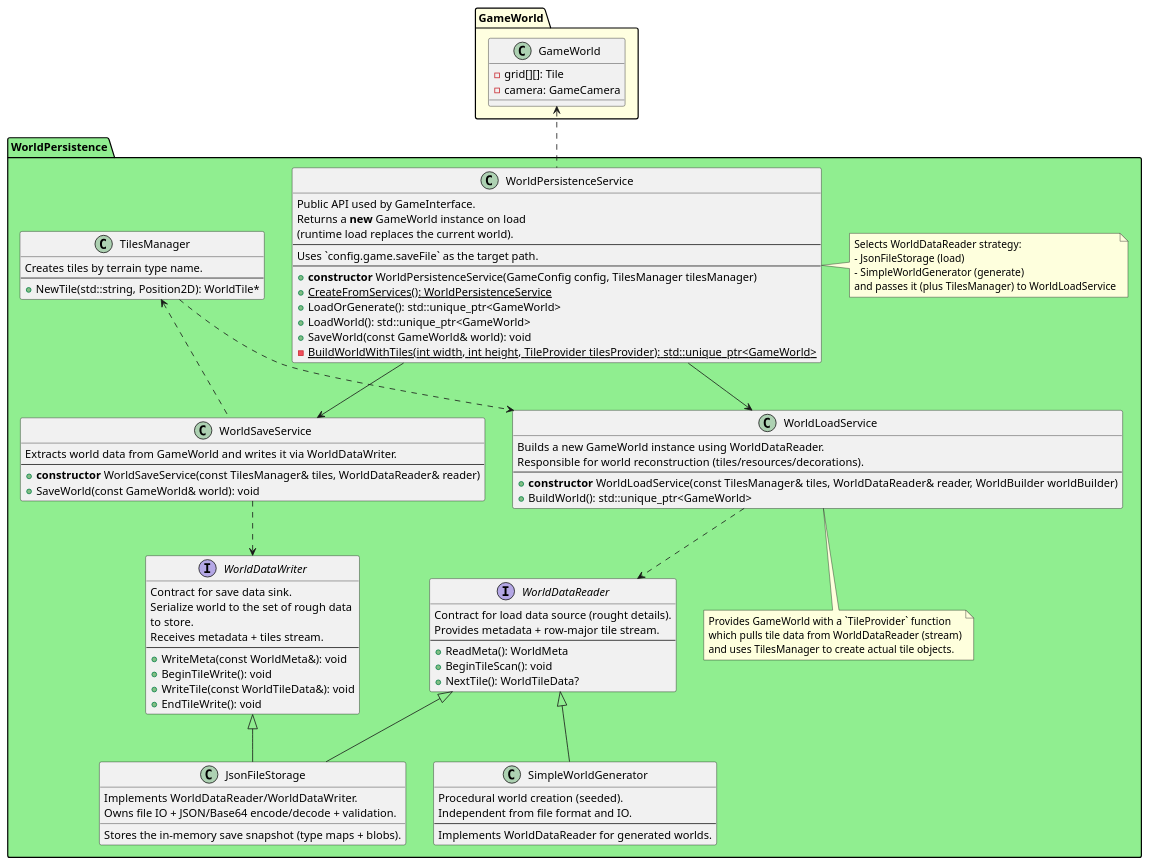
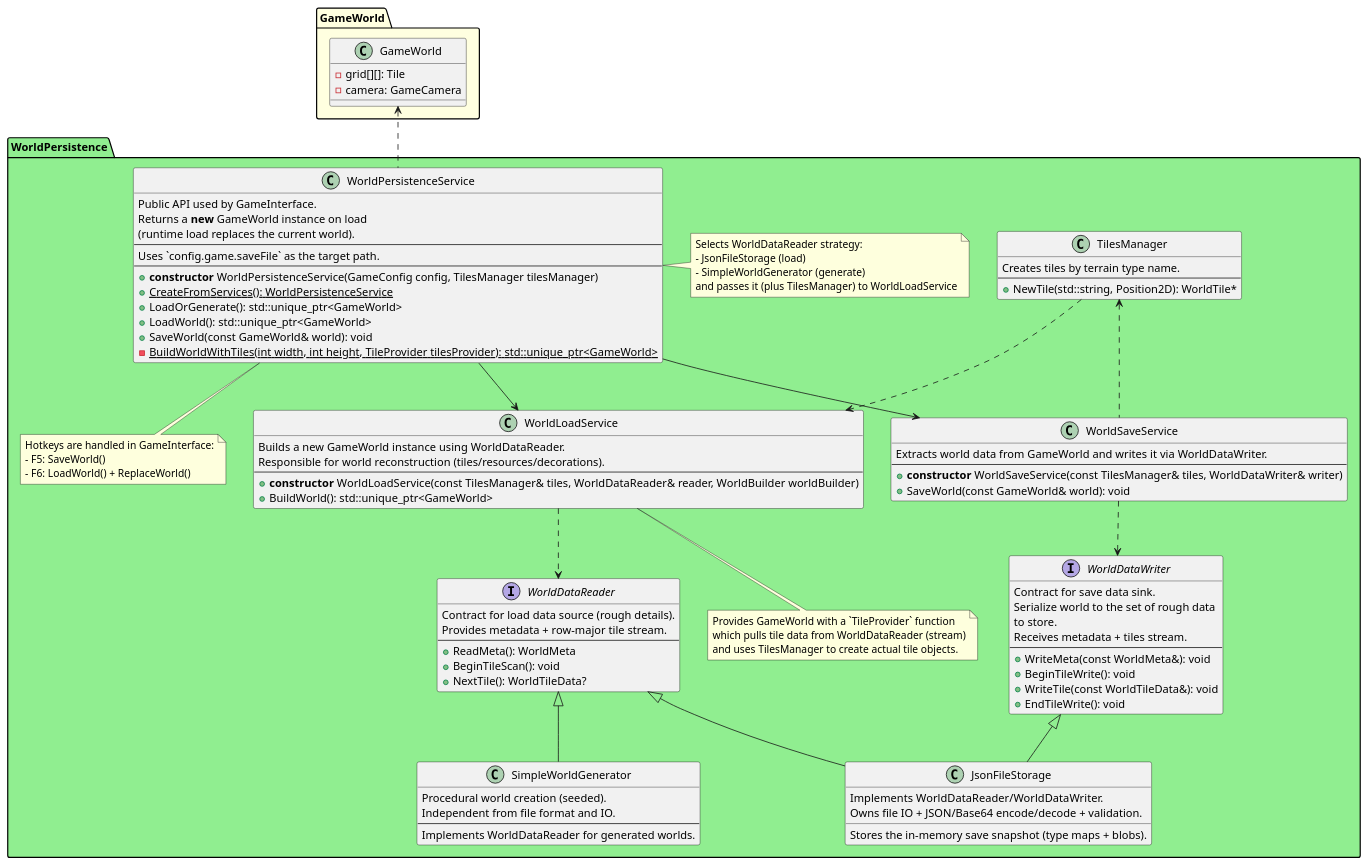
One commit to neverthedev/tile-game changed the second of 5 diagrams in raylib-my/docs/world_persistence_service.md. Above: the diagram before and after it, drawn with PlantUML. The commit also changed other lines of this file and 7 other files, not shown here.

Commit message:
[Task-15] Complete save/load task

```diff
--- a/raylib-my/docs/world_persistence_service.md
+++ b/raylib-my/docs/world_persistence_service.md
@@ -131,7 +131,7 @@
   }
 
   interface WorldDataReader {
-    Contract for load data source (rought details).
+    Contract for load data source (rough details).
     Provides metadata + row-major tile stream.
     ----
     + ReadMeta(): WorldMeta
@@ -154,7 +154,7 @@
   class WorldSaveService {
     Extracts world data from GameWorld and writes it via WorldDataWriter.
     ----
-    + <b>constructor</b> WorldSaveService(const TilesManager& tiles, WorldDataReader& reader)
+    + <b>constructor</b> WorldSaveService(const TilesManager& tiles, WorldDataWriter& writer)
     + SaveWorld(const GameWorld& world): void
   }
 
@@ -211,6 +211,12 @@
     which pulls tile data from WorldDataReader (stream)
     and uses TilesManager to create actual tile objects.
   end note
+
+  note bottom of WorldPersistenceService
+    Hotkeys are handled in GameInterface:
+    - F5: SaveWorld()
+    - F6: LoadWorld() + ReplaceWorld()
+  end note
 }
 
 @enduml
```
